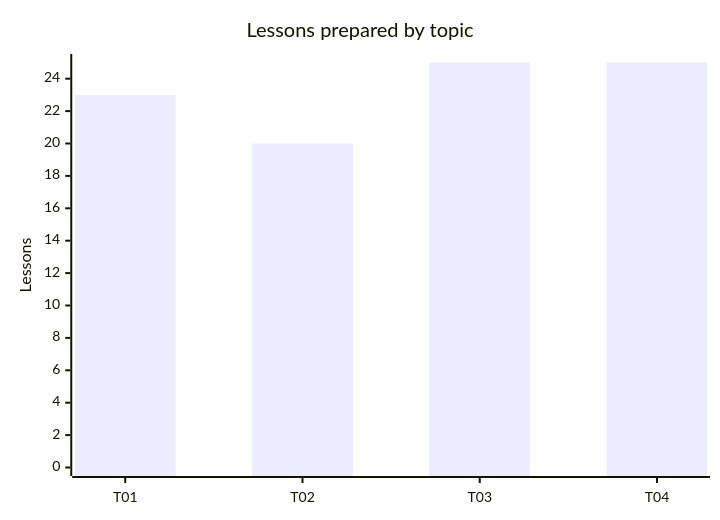
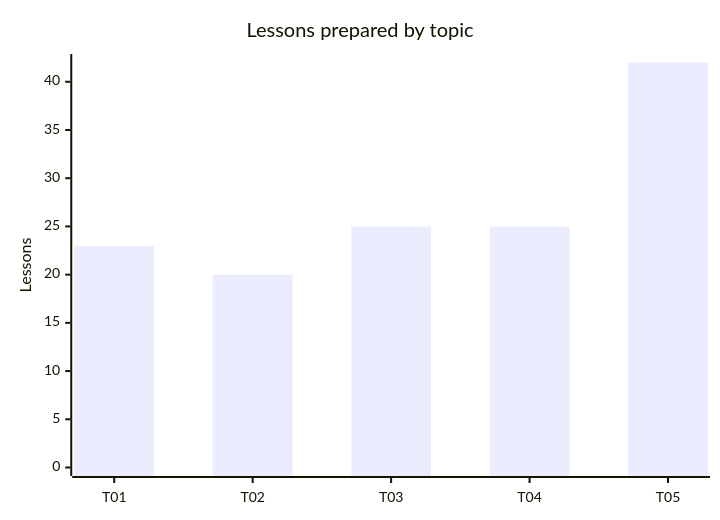
One commit to Zakoroo/computer_networks changed the eighth of 8 diagrams in PROGRESS.md. Above: the diagram before and after it, drawn with Mermaid. The commit also changed other lines of this file and 53 other files, not shown here.

````diff
--- a/PROGRESS.md
+++ b/PROGRESS.md
@@ -99,7 +108,7 @@
 ```mermaid
 xychart-beta
     title "Lessons prepared by topic"
-    x-axis ["T01", "T02", "T03", "T04"]
-    y-axis "Lessons" 0 --> 25
-    bar [23, 20, 25, 25]
+    x-axis ["T01", "T02", "T03", "T04", "T05"]
+    y-axis "Lessons" 0 --> 42
+    bar [23, 20, 25, 25, 42]
 ```
````
